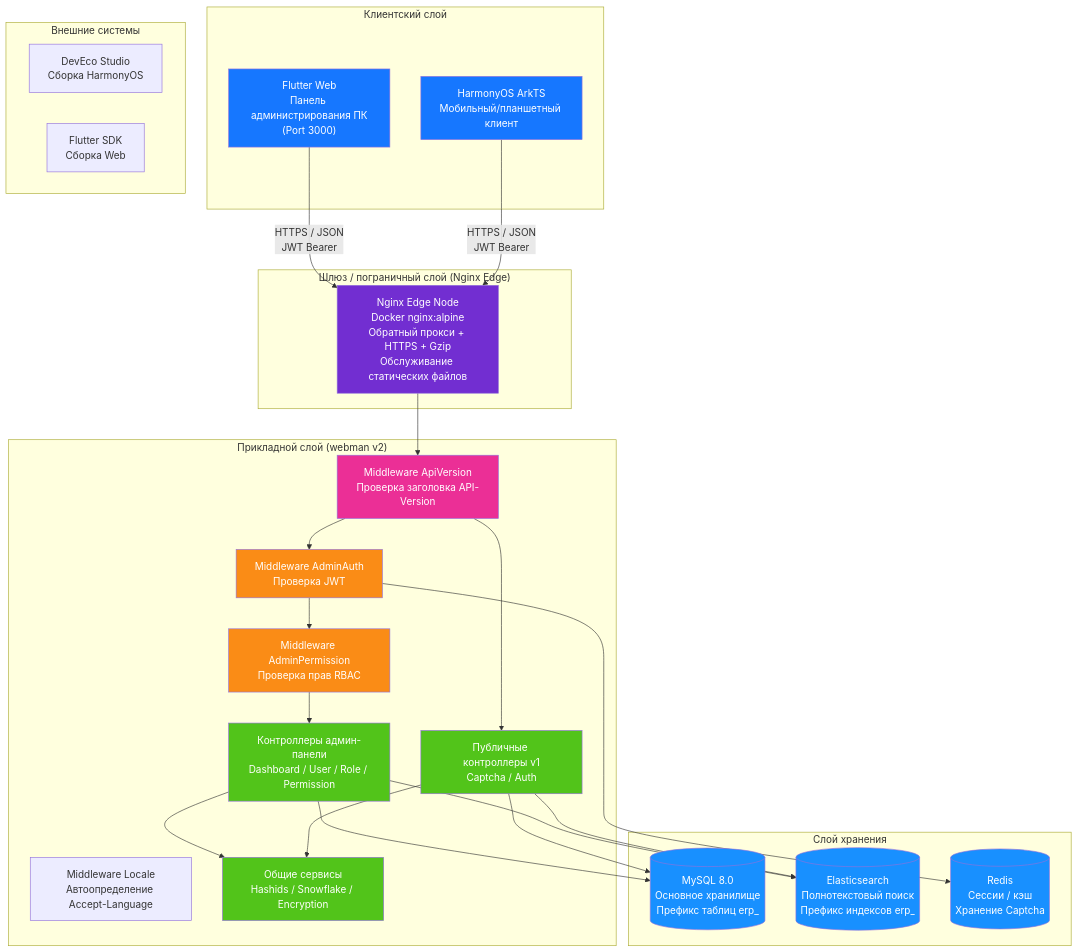
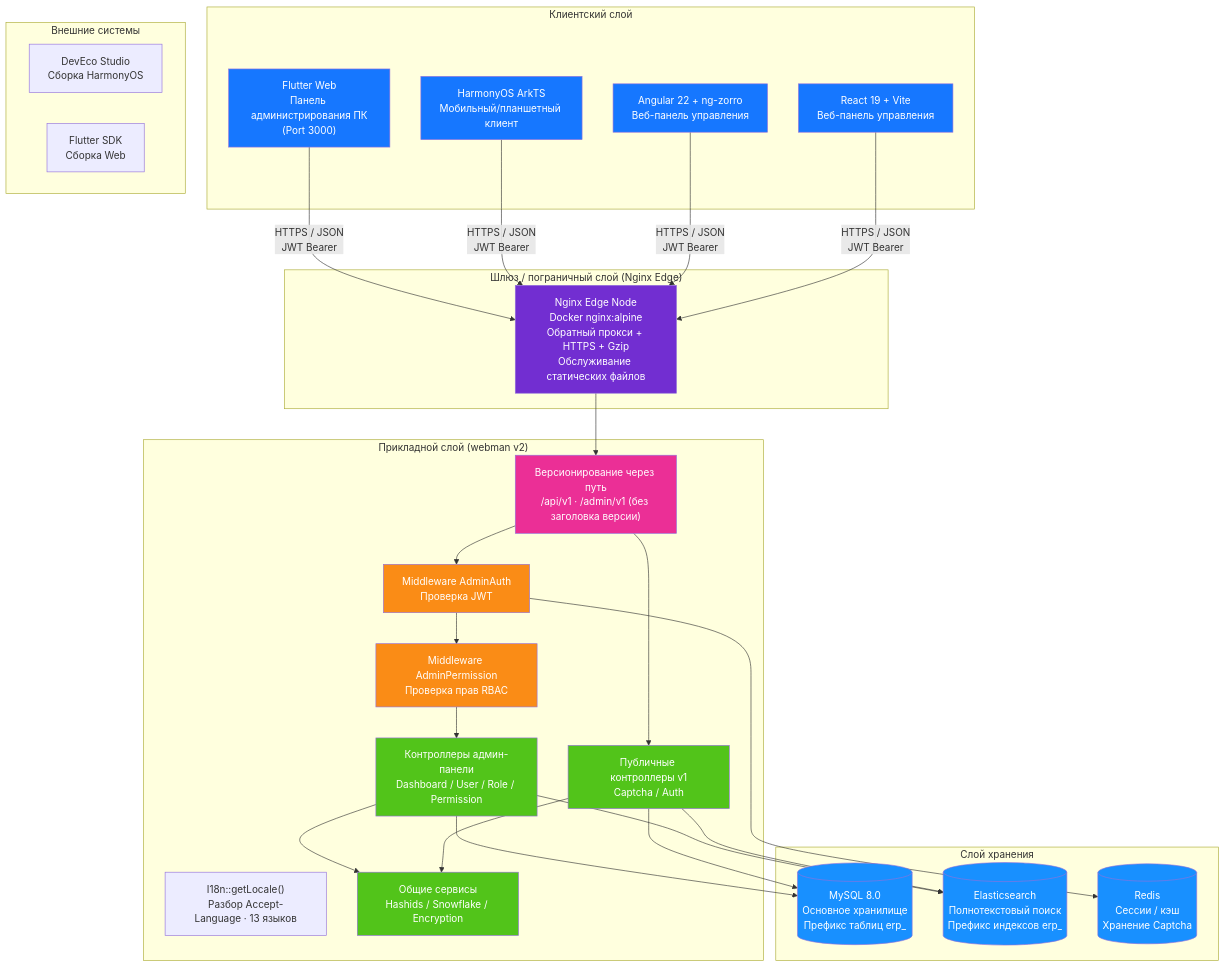
Before and after one commit to erikwang2013/erp-php: the first of 20 diagrams in docs/i18n/ru/ARCHITECTURE.md, drawn with Mermaid. The commit also changed other lines of this file and 325 other files, not shown here.

````diff
--- a/docs/i18n/ru/ARCHITECTURE.md
+++ b/docs/i18n/ru/ARCHITECTURE.md
@@ -11,60 +11,66 @@
 ```mermaid
 flowchart TB
     subgraph "Клиентский слой"
         A1["Flutter Web<br/>Панель администрирования ПК<br/>(Port 3000)"]
         A2["HarmonyOS ArkTS<br/>Мобильный/планшетный клиент"]
+        A3["Angular 22 + ng-zorro<br/>Веб-панель управления"]
+        A4["React 19 + Vite<br/>Веб-панель управления"]
     end
 
     subgraph "Шлюз / пограничный слой (Nginx Edge)"
         B1["Nginx Edge Node<br/>Docker nginx:alpine<br/>Обратный прокси + HTTPS + Gzip<br/>Обслуживание статических файлов"]
     end
 
     subgraph "Прикладной слой (webman v2)"
-        C_LOC["Middleware Locale<br/>Автоопределение Accept-Language"]
-        C0["Middleware ApiVersion<br/>Проверка заголовка API-Version"]
+        C_LOC["I18n::getLocale()<br/>Разбор Accept-Language · 13 языков"]
+        C0["Версионирование через путь<br/>/api/v1 · /admin/v1 (без заголовка версии)"]
         C1["Middleware AdminAuth<br/>Проверка JWT"]
         C2["Middleware AdminPermission<br/>Проверка прав RBAC"]
         C3["Контроллеры админ-панели<br/>Dashboard / User / Role / Permission"]
         C4["Публичные контроллеры v1<br/>Captcha / Auth"]
         C5["Общие сервисы<br/>Hashids / Snowflake / Encryption"]
     end
 
     subgraph "Слой хранения"
         D1[("MySQL 8.0<br/>Основное хранилище<br/>Префикс таблиц erp_")]
         D2[("Elasticsearch<br/>Полнотекстовый поиск<br/>Префикс индексов erp_")]
         D3[("Redis<br/>Сессии / кэш<br/>Хранение Captcha")]
     end
 
     subgraph "Внешние системы"
         E1["DevEco Studio<br/>Сборка HarmonyOS"]
         E2["Flutter SDK<br/>Сборка Web"]
     end
 
     A1 -->|"HTTPS / JSON<br/>JWT Bearer"| B1
     A2 -->|"HTTPS / JSON<br/>JWT Bearer"| B1
+    A3 -->|"HTTPS / JSON<br/>JWT Bearer"| B1
+    A4 -->|"HTTPS / JSON<br/>JWT Bearer"| B1
     B1 --> C0
     C0 --> C1
     C1 --> C2
     C2 --> C3
     C0 --> C4
     C3 --> C5
     C4 --> C5
     C3 --> D1
     C4 --> D1
     C3 --> D2
     C4 --> D2
     C1 --> D3
 
     style A1 fill:#1677FF,color:#fff
     style A2 fill:#1677FF,color:#fff
+    style A3 fill:#1677FF,color:#fff
+    style A4 fill:#1677FF,color:#fff
     style B1 fill:#722ED1,color:#fff
     style C0 fill:#EB2F96,color:#fff
     style C1 fill:#FA8C16,color:#fff
     style C2 fill:#FA8C16,color:#fff
     style C3 fill:#52C41A,color:#fff
     style C4 fill:#52C41A,color:#fff
     style C5 fill:#52C41A,color:#fff
     style D1 fill:#1890FF,color:#fff
     style D2 fill:#1890FF,color:#fff
     style D3 fill:#1890FF,color:#fff
 ```
````
